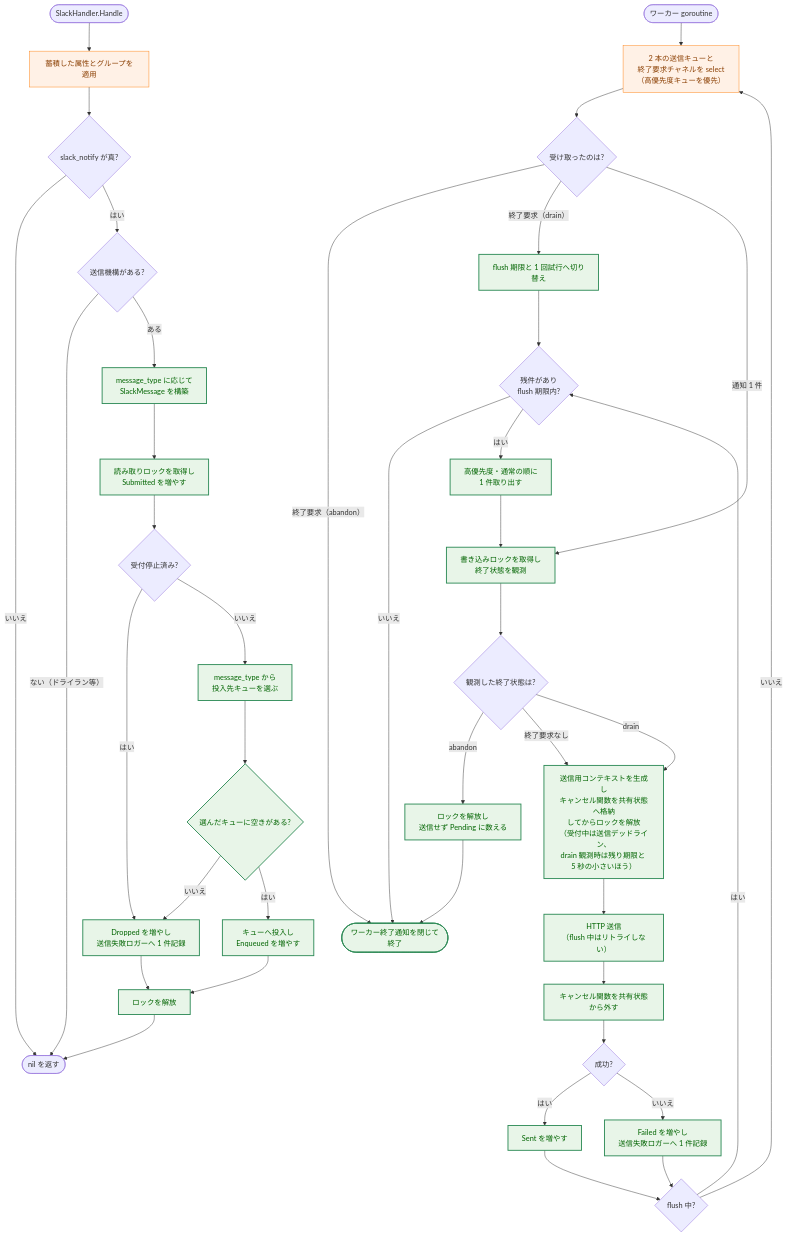
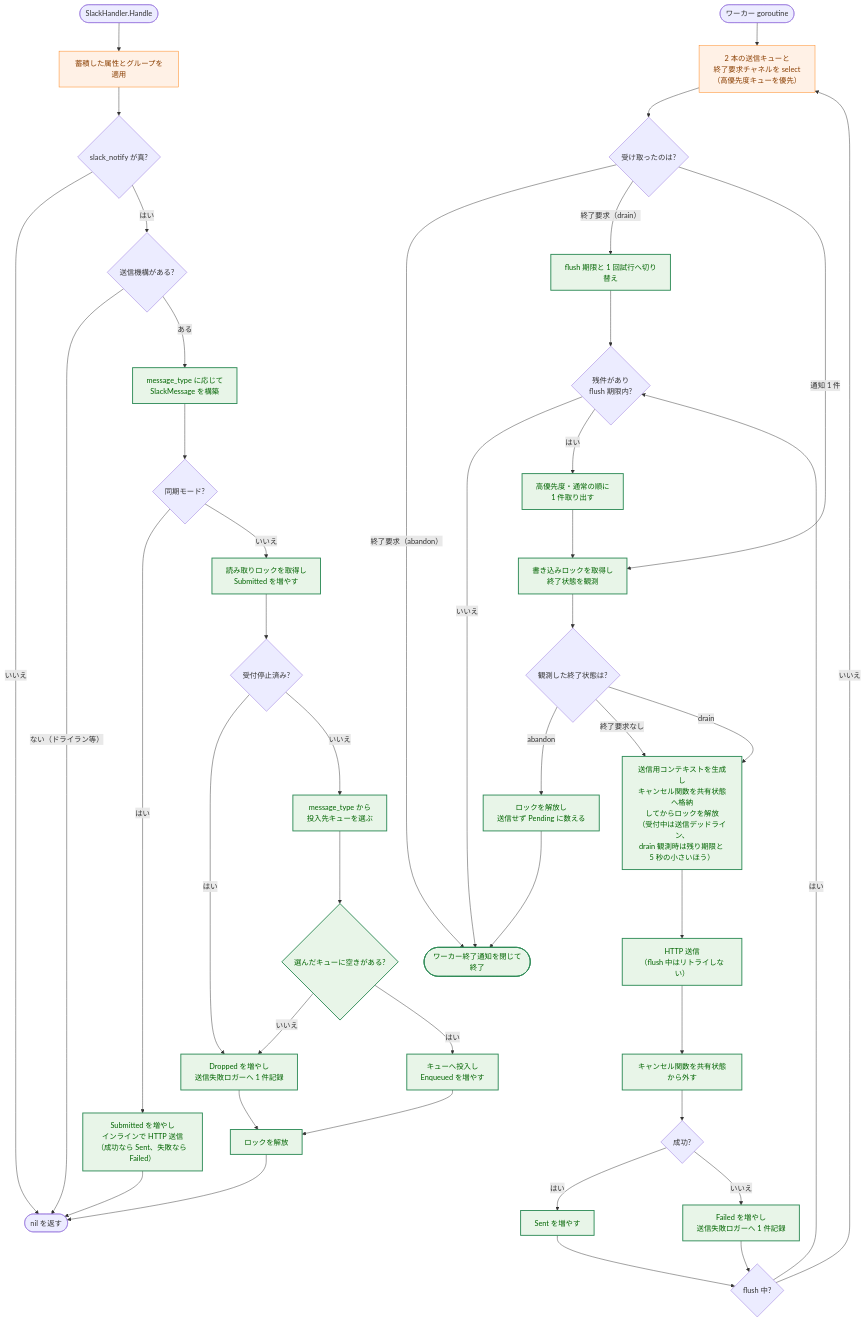
One commit to isseis/go-safe-cmd-runner changed the ninth of 10 diagrams in docs/tasks/0163_redaction_coverage_and_slack_async/02_architecture.md. Above: the diagram before and after it, drawn with Mermaid. The commit also changed other lines of this file and 1 other file, not shown here.

````diff
--- a/docs/tasks/0163_redaction_coverage_and_slack_async/02_architecture.md
+++ b/docs/tasks/0163_redaction_coverage_and_slack_async/02_architecture.md
@@ -978,49 +994,52 @@
 ```mermaid
 flowchart TD
     classDef process fill:#fff1e6,stroke:#ff7f0e,stroke-width:1px,color:#8a3e00;
     classDef enhanced fill:#e8f5e8,stroke:#2e8b57,stroke-width:2px,color:#006400;
 
     S(["SlackHandler.Handle"]) --> A1["蓄積した属性とグループを適用"]
     A1 --> C1{"slack_notify が真?"}
     C1 -->|"いいえ"| RET(["nil を返す"])
     C1 -->|"はい"| C2{"送信機構がある?"}
     C2 -->|"ない（ドライラン等）"| RET
     C2 -->|"ある"| BUILD["message_type に応じて<br>SlackMessage を構築"]
-    BUILD --> LOCK["読み取りロックを取得し<br>Submitted を増やす"]
+    BUILD --> CSY{"同期モード?"}
+    CSY -->|"はい"| SYNC["Submitted を増やし<br>インラインで HTTP 送信<br>（成功なら Sent、失敗なら Failed）"]
+    SYNC --> RET
+    CSY -->|"いいえ"| LOCK["読み取りロックを取得し<br>Submitted を増やす"]
     LOCK --> C3{"受付停止済み?"}
     C3 -->|"はい"| DROP["Dropped を増やし<br>送信失敗ロガーへ 1 件記録"]
     C3 -->|"いいえ"| SEL["message_type から<br>投入先キューを選ぶ"]
     SEL --> ENQ{"選んだキューに空きがある?"}
     ENQ -->|"いいえ"| DROP
     ENQ -->|"はい"| PUT["キューへ投入し<br>Enqueued を増やす"]
     DROP --> UNLOCK["ロックを解放"]
     PUT --> UNLOCK
     UNLOCK --> RET
 
     W(["ワーカー goroutine"]) --> WT["2 本の送信キューと<br>終了要求チャネルを select<br>（高優先度キューを優先）"]
     WT --> WQ{"受け取ったのは?"}
     WQ -->|"終了要求（abandon）"| WEND(["ワーカー終了通知を閉じて終了"])
     WQ -->|"終了要求（drain）"| WDR["flush 期限と 1 回試行へ切り替え"]
     WDR --> WDQ{"残件があり<br>flush 期限内?"}
     WDQ -->|"いいえ"| WEND
     WDQ -->|"はい"| WPOP["高優先度・通常の順に<br>1 件取り出す"]
     WPOP --> WLOCK
     WQ -->|"通知 1 件"| WLOCK["書き込みロックを取得し<br>終了状態を観測"]
     WLOCK --> WMODE{"観測した終了状態は?"}
     WMODE -->|"abandon"| WABN["ロックを解放し<br>送信せず Pending に数える"]
     WABN --> WEND
     WMODE -->|"終了要求なし"| WCTX
     WMODE -->|"drain"| WCTX["送信用コンテキストを生成し<br>キャンセル関数を共有状態へ格納<br>してからロックを解放<br>（受付中は送信デッドライン、<br>drain 観測時は残り期限と 5 秒の小さいほう）"]
     WCTX --> WSEND["HTTP 送信<br>（flush 中はリトライしない）"]
     WSEND --> WCLR["キャンセル関数を共有状態から外す"]
     WCLR --> WRES{"成功?"}
     WRES -->|"はい"| WOK["Sent を増やす"]
     WRES -->|"いいえ"| WNG["Failed を増やし<br>送信失敗ロガーへ 1 件記録"]
     WOK --> WNEXT{"flush 中?"}
     WNG --> WNEXT
     WNEXT -->|"いいえ"| WT
     WNEXT -->|"はい"| WDQ
 
-    class BUILD,LOCK,SEL,ENQ,PUT,DROP,UNLOCK,WLOCK,WABN,WCTX,WSEND,WCLR,WOK,WNG,WDR,WPOP,WEND enhanced
+    class BUILD,LOCK,SEL,ENQ,PUT,DROP,UNLOCK,SYNC,WLOCK,WABN,WCTX,WSEND,WCLR,WOK,WNG,WDR,WPOP,WEND enhanced
     class A1,WT process
 ```
````
